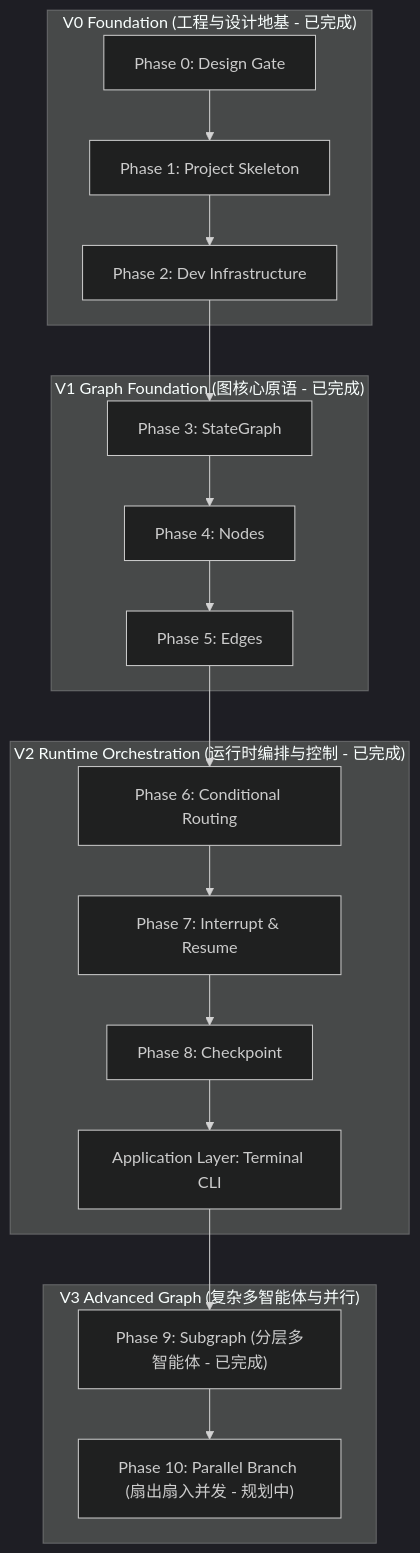
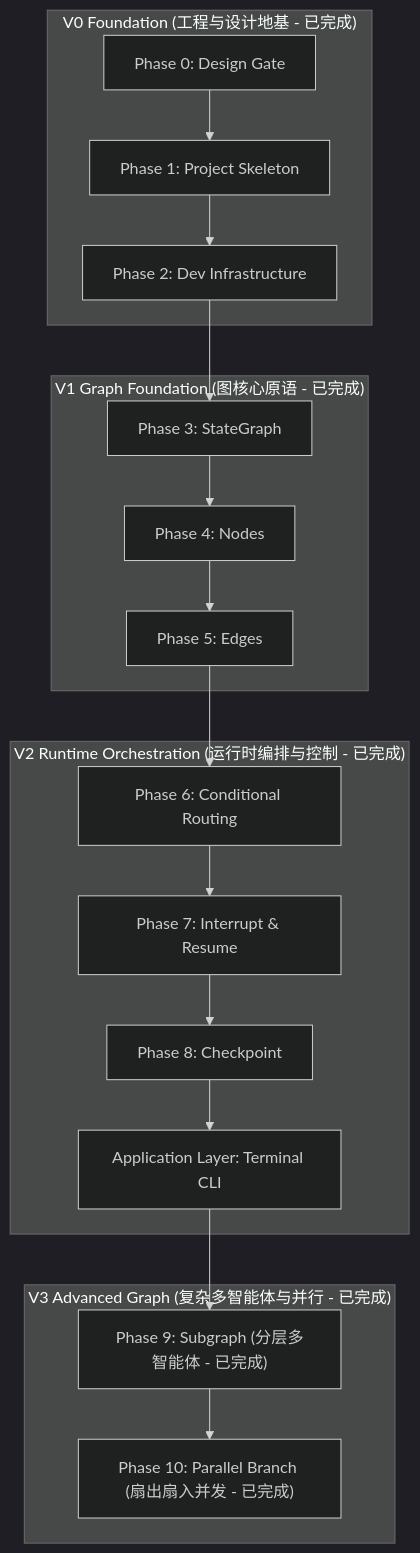
The diagram in docs/roadmap/roadmap.md (theGitForDalibor/AgentGraph), drawn with Mermaid (dark theme) before and after one commit. The commit also changed other lines of this file and 8 other files, not shown here.

Commit message:
feat: Implement Phase 10 Parallel Branch with fan-out and fan-in capabilities, including parallel execution and aggregation nodes

````diff
--- a/docs/roadmap/roadmap.md
+++ b/docs/roadmap/roadmap.md
@@ -12,25 +12,25 @@
 ```mermaid
 flowchart TD
     subgraph V0["V0 Foundation (工程与设计地基 - 已完成)"]
         P0["Phase 0: Design Gate"] --> P1["Phase 1: Project Skeleton"]
         P1 --> P2["Phase 2: Dev Infrastructure"]
     end
 
     subgraph V1["V1 Graph Foundation (图核心原语 - 已完成)"]
         P2 --> P3["Phase 3: StateGraph"]
         P3 --> P4["Phase 4: Nodes"]
         P4 --> P5["Phase 5: Edges"]
     end
 
     subgraph V2["V2 Runtime Orchestration (运行时编排与控制 - 已完成)"]
         P5 --> P6["Phase 6: Conditional Routing"]
         P6 --> P7["Phase 7: Interrupt & Resume"]
         P7 --> P8["Phase 8: Checkpoint"]
         P8 --> CLI["Application Layer: Terminal CLI"]
     end
 
-    subgraph V3["V3 Advanced Graph (复杂多智能体与并行)"]
+    subgraph V3["V3 Advanced Graph (复杂多智能体与并行 - 已完成)"]
         CLI --> P9["Phase 9: Subgraph (分层多智能体 - 已完成)"]
-        P9 --> P10["Phase 10: Parallel Branch (扇出扇入并发 - 规划中)"]
+        P9 --> P10["Phase 10: Parallel Branch (扇出扇入并发 - 已完成)"]
     end
 ```
````
